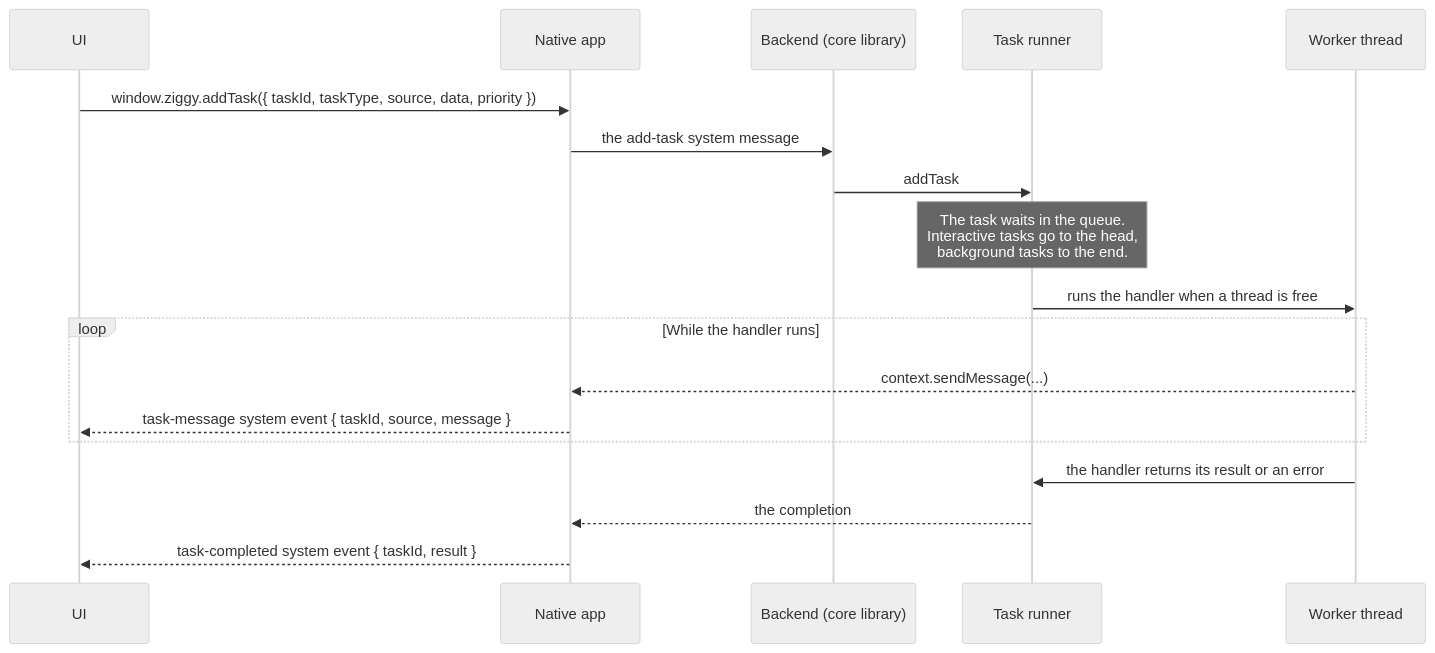
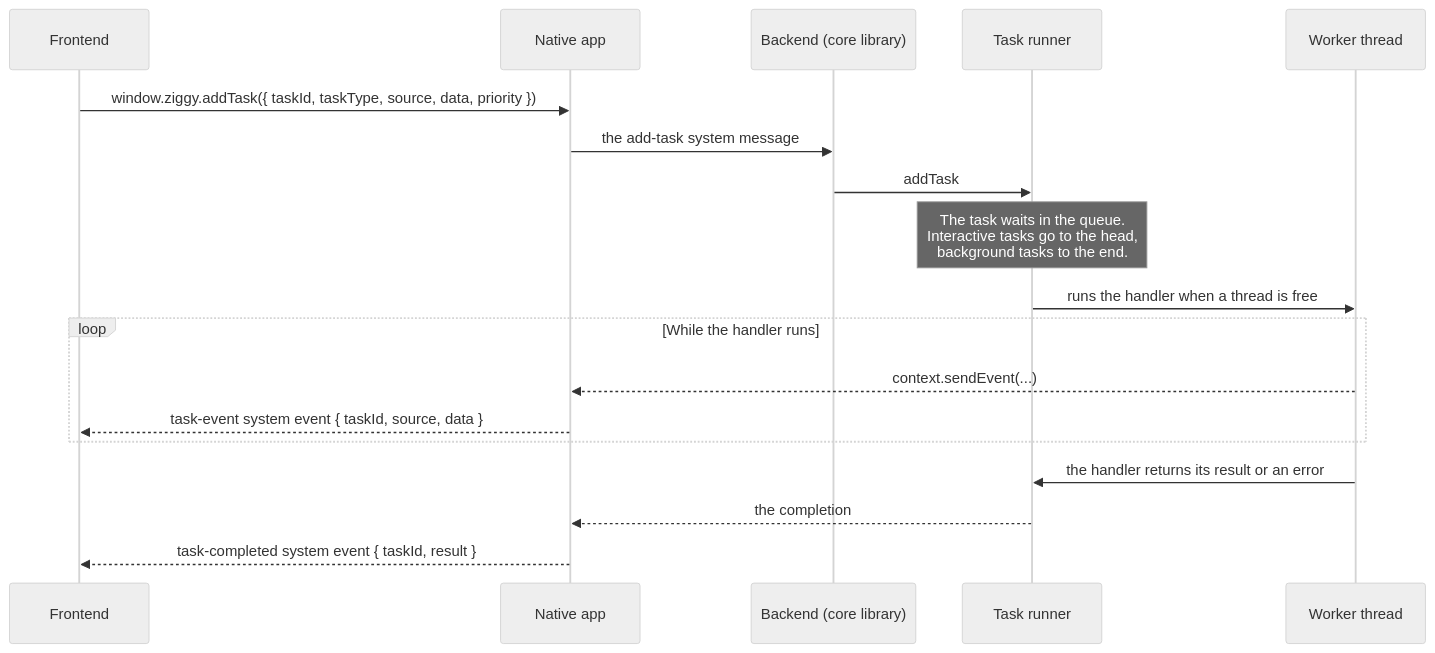
Before and after one commit to ashleydavis/ziggy: the diagram in docs/user-guide/tasks.md, drawn with Mermaid (neutral theme). The commit also changed other lines of this file and 319 other files, not shown here.

````diff
--- a/docs/user-guide/tasks.md
+++ b/docs/user-guide/tasks.md
@@ -7,21 +7,21 @@
 ```mermaid
 sequenceDiagram
-    participant UI
+    participant UI as Frontend
     participant NativeApp as Native app
     participant Backend as Backend (core library)
     participant Runner as Task runner
     participant Worker as Worker thread
 
     UI->>NativeApp: window.ziggy.addTask({ taskId, taskType, source, data, priority })
     NativeApp->>Backend: the add-task system message
     Backend->>Runner: addTask
     Note over Runner: The task waits in the queue.<br/>Interactive tasks go to the head,<br/>background tasks to the end.
     Runner->>Worker: runs the handler when a thread is free
     loop While the handler runs
-        Worker-->>NativeApp: context.sendMessage(...)
-        NativeApp-->>UI: task-message system event { taskId, source, message }
+        Worker-->>NativeApp: context.sendEvent(...)
+        NativeApp-->>UI: task-event system event { taskId, source, data }
     end
     Worker->>Runner: the handler returns its result or an error
     Runner-->>NativeApp: the completion
     NativeApp-->>UI: task-completed system event { taskId, result }
 ```
````
